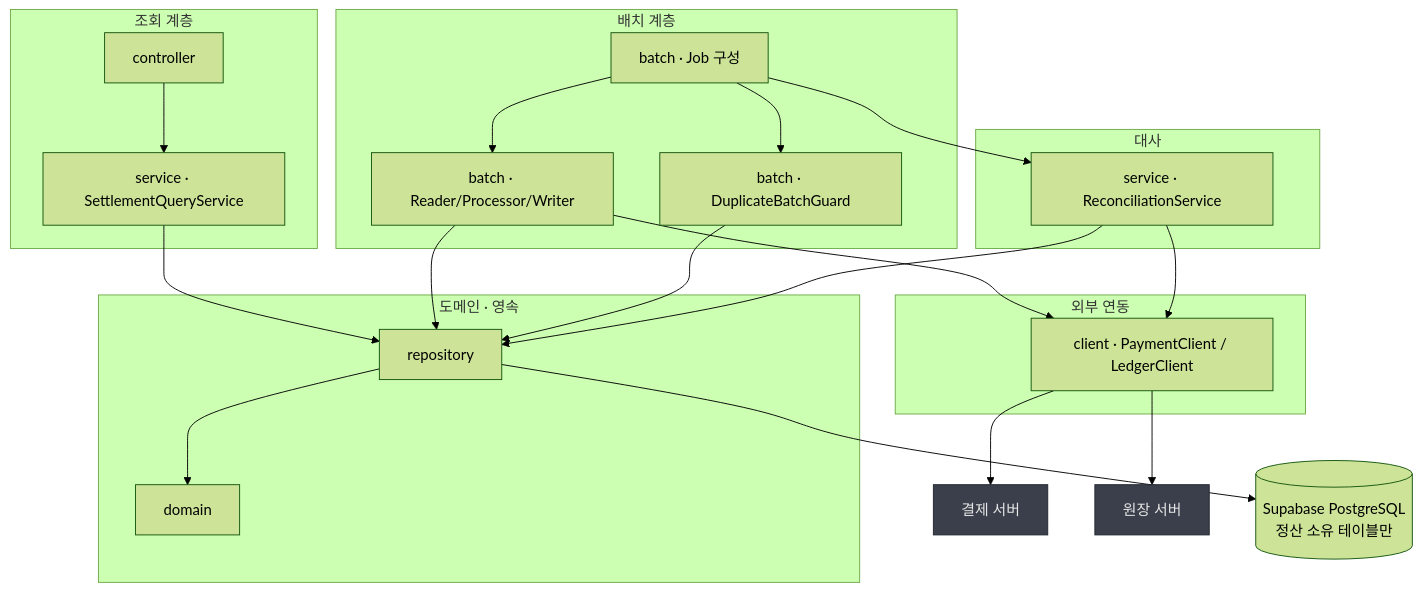
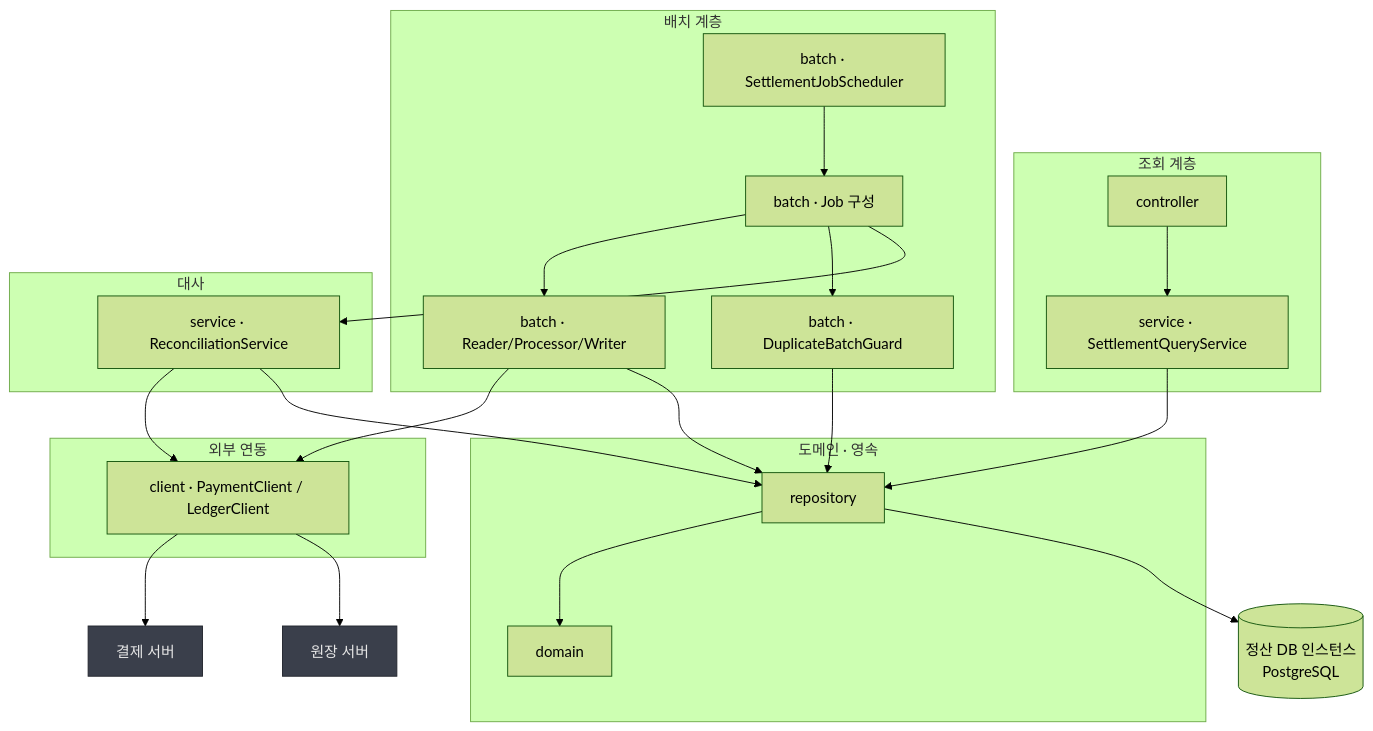
One commit to Easy-ADJ/driver-settlement-system changed the diagram in docs/06-class-diagram/01-layer-dependencies.md. Above: the diagram before and after it, drawn with Mermaid (forest theme). The commit also changed other lines of this file and 26 other files, not shown here.

````diff
--- a/docs/06-class-diagram/01-layer-dependencies.md
+++ b/docs/06-class-diagram/01-layer-dependencies.md
@@ -5,48 +5,50 @@
 ```mermaid
 flowchart TB
     subgraph API["조회 계층"]
         ctrl["controller"]
         qsvc["service · SettlementQueryService"]
     end
 
     subgraph BATCH["배치 계층"]
+        sched["batch · SettlementJobScheduler"]
         job["batch · Job 구성"]
         rdr["batch · Reader/Processor/Writer"]
         guard["batch · DuplicateBatchGuard"]
     end
 
     subgraph RECON["대사"]
         rsvc["service · ReconciliationService"]
     end
 
     subgraph CORE["도메인 · 영속"]
         dom["domain"]
         repo["repository"]
     end
 
     subgraph EXT["외부 연동"]
         cli["client · PaymentClient / LedgerClient"]
     end
 
     ext1["결제 서버"]
     ext2["원장 서버"]
-    db[("Supabase PostgreSQL<br/>정산 소유 테이블만")]
+    db[("정산 DB 인스턴스<br/>PostgreSQL")]
 
     ctrl --> qsvc
     qsvc --> repo
+    sched --> job
     job --> rdr
     job --> guard
     job --> rsvc
     rdr --> cli
     rdr --> repo
     guard --> repo
     rsvc --> cli
     rsvc --> repo
     repo --> dom
     repo --> db
     cli --> ext1
     cli --> ext2
 
     classDef ext fill:#3a3f4b,stroke:#22252d,color:#e6e6e6;
     class ext1,ext2 ext;
 ```
````
